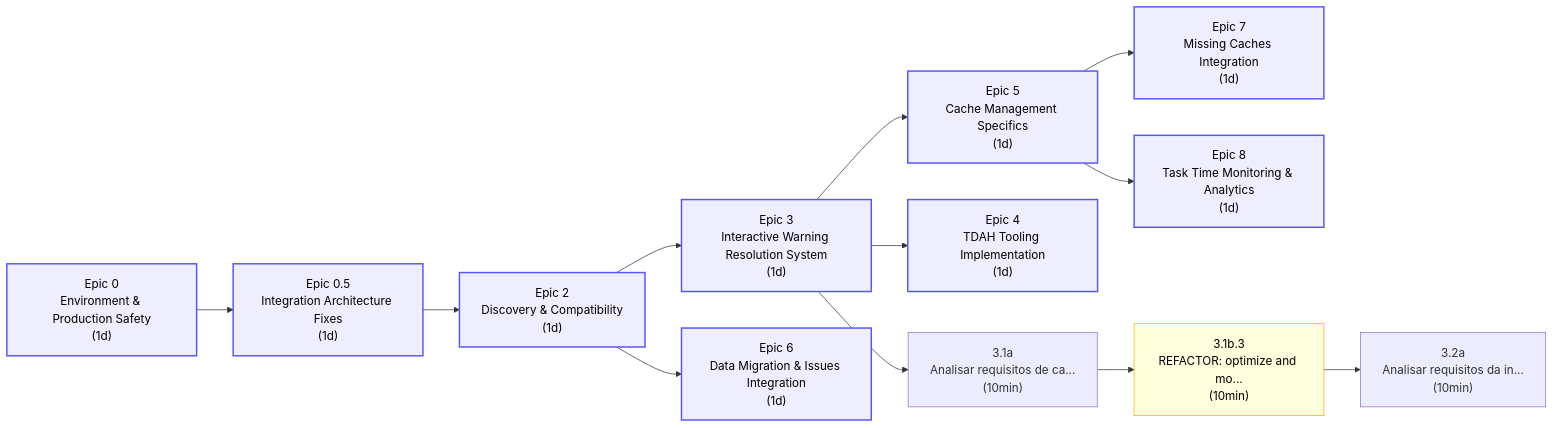
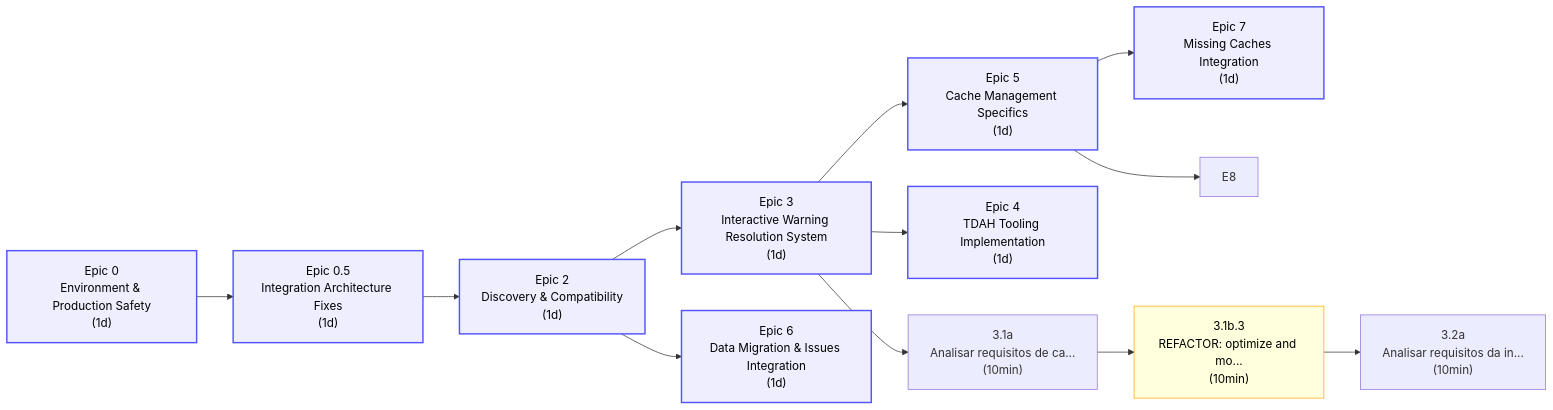
One commit to davidcantidio/etl_debrito changed the diagram in docs/flow_dependencies.mmd. Above: the diagram before and after it, drawn with Mermaid. The commit also changed 4 other files, not shown here.

First line of the commit message:
🎯 Auto-update Gantt charts with enhanced progress tracking

```diff
--- a/docs/flow_dependencies.mmd
+++ b/docs/flow_dependencies.mmd
@@ -1,32 +1,33 @@
 flowchart LR
   classDef epic fill:#eef,stroke:#55f,stroke-width:2px,color:#000;
   classDef task fill:#efe,stroke:#393,stroke-width:1px,color:#000;
   classDef red fill:#fee,stroke:#f33,stroke-width:1px,color:#000;
   classDef green fill:#efe,stroke:#3f3,stroke-width:1px,color:#000;
   classDef refactor fill:#ffd,stroke:#fa0,stroke-width:1px,color:#000;
 
   E0["Epic 0<br/>Environment & Production Safety<br/>(1d)"]:::epic
+  E0["Epic 0<br/>Environment & Production Safety<br/>(1d)"]:::epic
+  E0_5["Epic 0.5<br/>Integration Architecture Fixes<br/>(1d)"]:::epic
   E0_5["Epic 0.5<br/>Integration Architecture Fixes<br/>(1d)"]:::epic
   E2["Epic 2<br/>Discovery & Compatibility<br/>(1d)"]:::epic
   E3["Epic 3<br/>Interactive Warning Resolution System<br/>(1d)"]:::epic
   E5["Epic 5<br/>Cache Management Specifics<br/>(1d)"]:::epic
   E6["Epic 6<br/>Data Migration & Issues Integration<br/>(1d)"]:::epic
   E7["Epic 7<br/>Missing Caches Integration<br/>(1d)"]:::epic
   E4["Epic 4<br/>TDAH Tooling Implementation<br/>(1d)"]:::epic
-  E8["Epic 8<br/>Task Time Monitoring & Analytics<br/>(1d)"]:::epic
 
   E0 --> E0_5
   E0_5 --> E2
   E2 --> E3
   E3 --> E5
   E3 --> E4
   E2 --> E6
   E5 --> E7
   E5 --> E8
 
   T3_1["3.1a<br/>Analisar requisitos de ca...<br/>(10min)"]:::analysis
   T3_2["3.1b.3<br/>REFACTOR: optimize and mo...<br/>(10min)"]:::refactor
   T3_3["3.2a<br/>Analisar requisitos da in...<br/>(10min)"]:::analysis
   E3 --> T3_1
   T3_1 --> T3_2
   T3_2 --> T3_3
```
